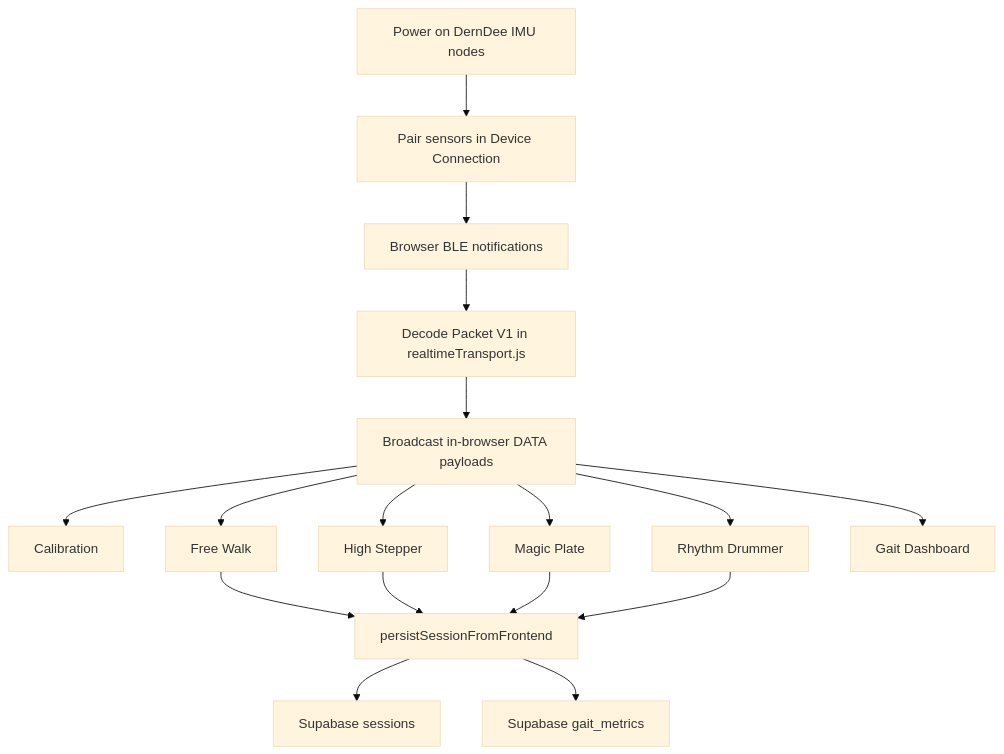
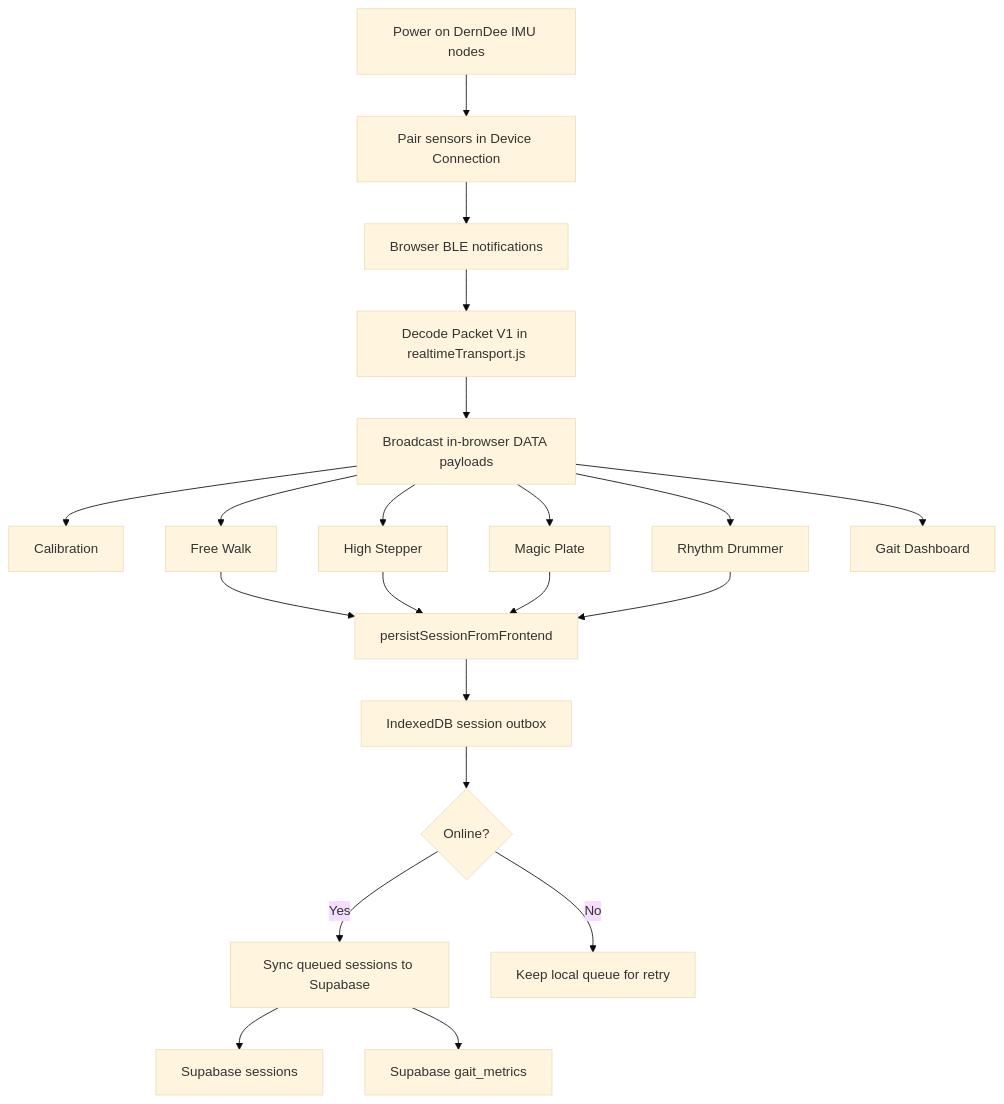
Before and after one commit to Nontakorn-dev/DernDee: the diagram in README.md, drawn with Mermaid (base theme). The commit also changed other lines of this file and 19 other files, not shown here.

Commit message:
feat: add offline-first session sync, worker gait analysis, and PWA support

````diff
--- a/README.md
+++ b/README.md
@@ -64,22 +73,27 @@
 ```mermaid
 flowchart TD
   A[Power on DernDee IMU nodes] --> B[Pair sensors in Device Connection]
   B --> C[Browser BLE notifications]
   C --> D[Decode Packet V1 in realtimeTransport.js]
   D --> E[Broadcast in-browser DATA payloads]
 
   E --> F[Calibration]
   E --> G[Free Walk]
   E --> H[High Stepper]
   E --> I[Magic Plate]
   E --> J[Rhythm Drummer]
   E --> K[Gait Dashboard]
 
   G --> L[persistSessionFromFrontend]
   H --> L
   I --> L
   J --> L
 
-  L --> M[Supabase sessions]
-  L --> N[Supabase gait_metrics]
+  L --> M[IndexedDB session outbox]
+  M --> N{Online?}
+  N -->|Yes| O[Sync queued sessions to Supabase]
+  N -->|No| P[Keep local queue for retry]
+
+  O --> Q[Supabase sessions]
+  O --> R[Supabase gait_metrics]
 ```
````
